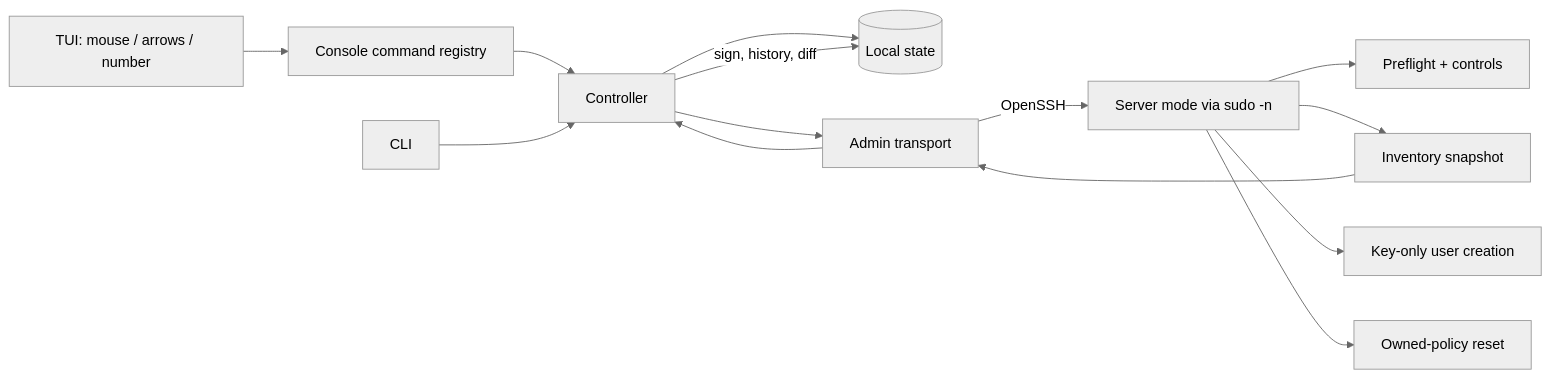
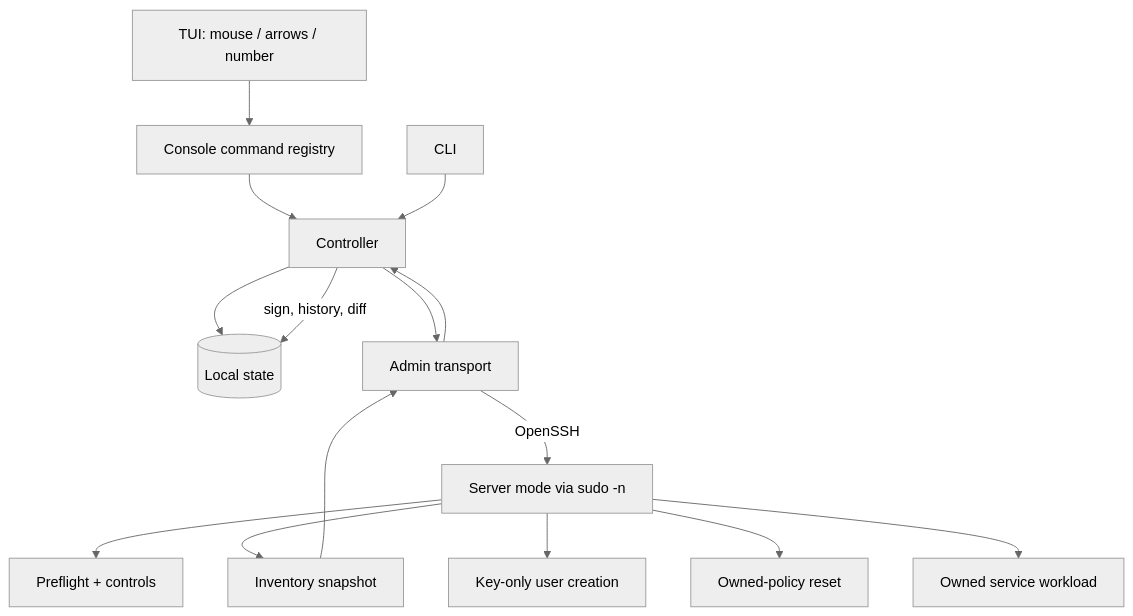
The second of 4 diagrams in docs/ARCHITECTURE.md (v1waa/bastionctl-vi), drawn with Mermaid (neutral theme) before and after one commit. The commit also changed other lines of this file and 34 other files, not shown here.

````diff
--- a/docs/ARCHITECTURE.md
+++ b/docs/ARCHITECTURE.md
@@ -40,16 +103,17 @@
 ```mermaid
-flowchart LR
+flowchart TD
     T[TUI: mouse / arrows / number] --> UI[Console command registry]
     UI --> C[Controller]
     CLI[CLI] --> C
     C --> S[(Local state)]
     C --> A[Admin transport]
     A -->|OpenSSH| R[Server mode via sudo -n]
     R --> P[Preflight + controls]
     R --> I[Inventory snapshot]
     R --> U[Key-only user creation]
     R --> X[Owned-policy reset]
+    R --> W[Owned service workload]
     I --> A
     A --> C
     C -->|sign, history, diff| S
 ```
````
